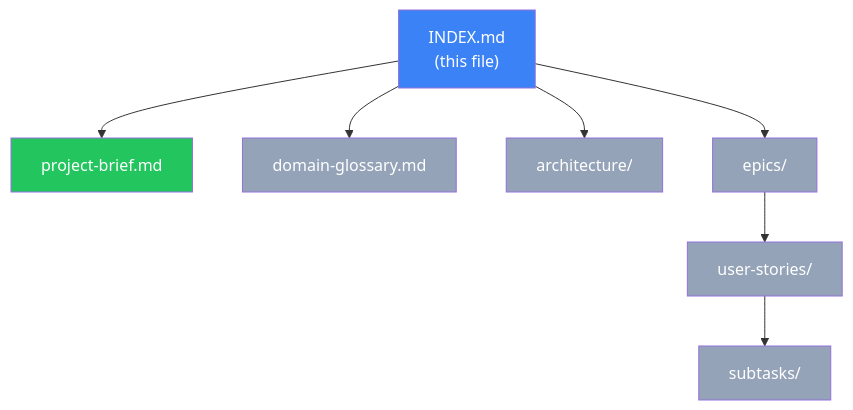
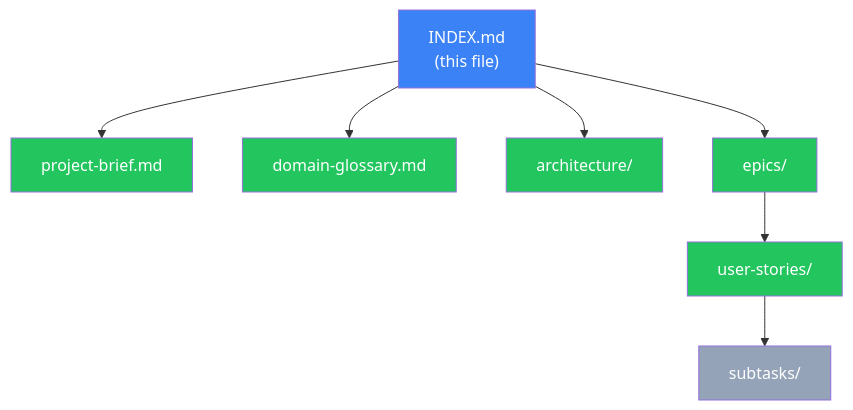
The diagram in docs/INDEX.md (virgenherrera/GILA_SOFTWARE_CHALLENGE), drawn with Mermaid before and after one commit. The commit also changed other lines of this file and 20 other files, not shown here.

````diff
--- a/docs/INDEX.md
+++ b/docs/INDEX.md
@@ -9,25 +9,25 @@
 ```mermaid
 flowchart TD
     INDEX["INDEX.md\n(this file)"]
     BRIEF["project-brief.md"]
     GLOSS["domain-glossary.md"]
     ARCH["architecture/"]
     EPICS["epics/"]
     STORIES["user-stories/"]
     TASKS["subtasks/"]
 
     INDEX --> BRIEF
     INDEX --> GLOSS
     INDEX --> ARCH
     INDEX --> EPICS
     EPICS --> STORIES
     STORIES --> TASKS
 
     style INDEX fill:#3b82f6,color:#fff
     style BRIEF fill:#22c55e,color:#fff
-    style GLOSS fill:#94a3b8,color:#fff
-    style ARCH fill:#94a3b8,color:#fff
-    style EPICS fill:#94a3b8,color:#fff
-    style STORIES fill:#94a3b8,color:#fff
+    style GLOSS fill:#22c55e,color:#fff
+    style ARCH fill:#22c55e,color:#fff
+    style EPICS fill:#22c55e,color:#fff
+    style STORIES fill:#22c55e,color:#fff
     style TASKS fill:#94a3b8,color:#fff
 ```
````
